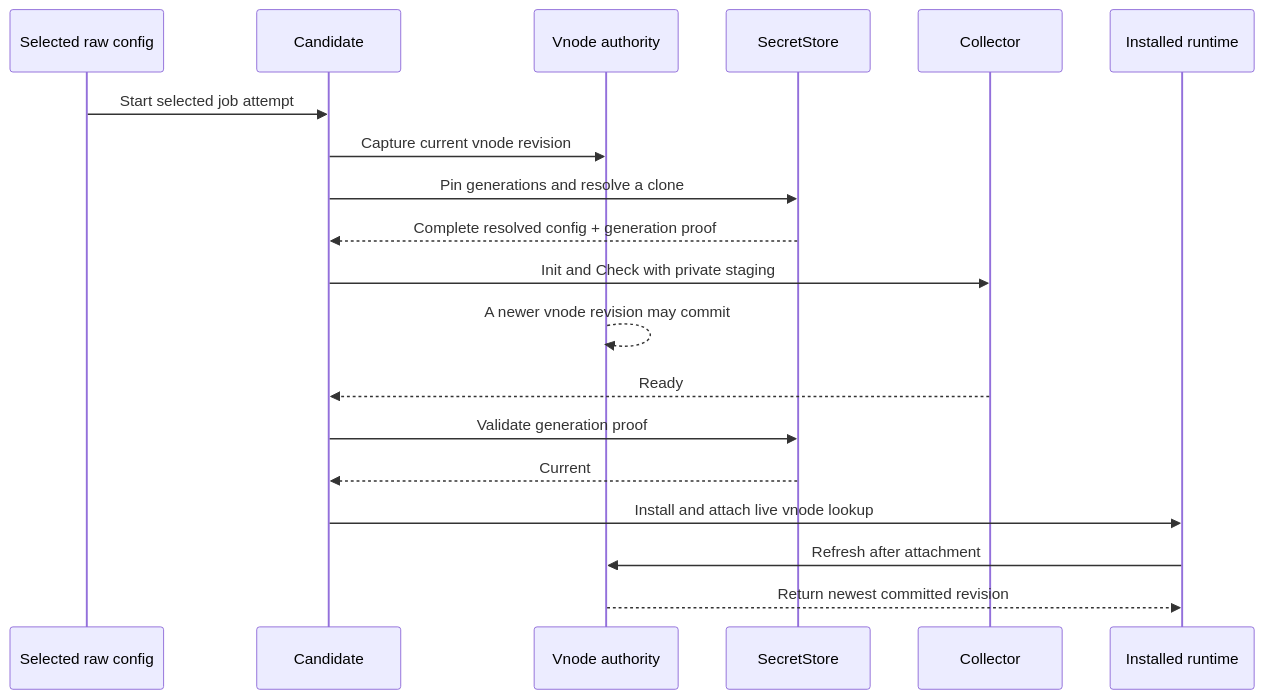
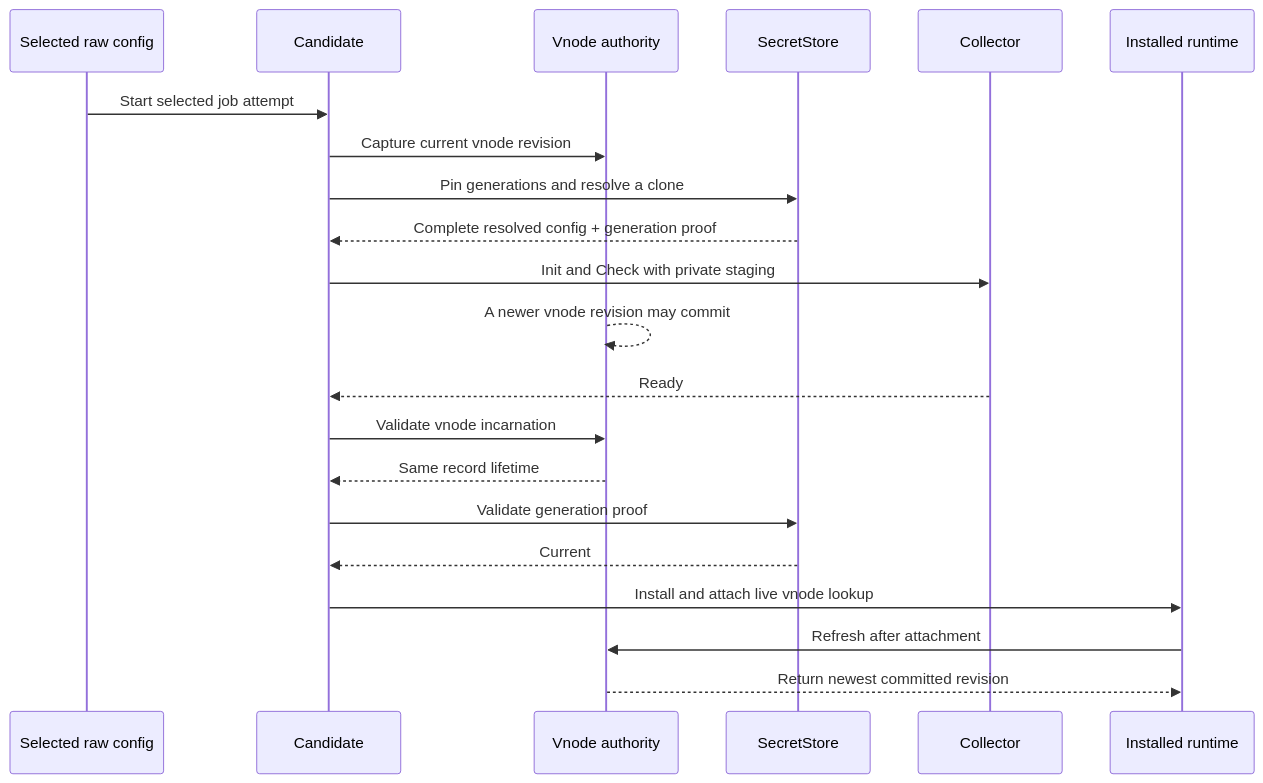
The tenth of 11 diagrams in src/go/plugin/agent/jobmgr/ARCHITECTURE.md (netdata/netdata), drawn with Mermaid before and after one commit. The commit also changed other lines of this file and 11 other files, not shown here.

````diff
--- a/src/go/plugin/agent/jobmgr/ARCHITECTURE.md
+++ b/src/go/plugin/agent/jobmgr/ARCHITECTURE.md
@@ -1074,22 +1075,24 @@
 ```mermaid
 sequenceDiagram
     participant S as Selected raw config
     participant J as Candidate
     participant V as Vnode authority
     participant K as SecretStore
     participant C as Collector
     participant R as Installed runtime
 
     S->>J: Start selected job attempt
     J->>V: Capture current vnode revision
     J->>K: Pin generations and resolve a clone
     K-->>J: Complete resolved config + generation proof
     J->>C: Init and Check with private staging
     V-->>V: A newer vnode revision may commit
     C-->>J: Ready
+    J->>V: Validate vnode incarnation
+    V-->>J: Same record lifetime
     J->>K: Validate generation proof
     K-->>J: Current
     J->>R: Install and attach live vnode lookup
     R->>V: Refresh after attachment
     V-->>R: Return newest committed revision
 ```
````
